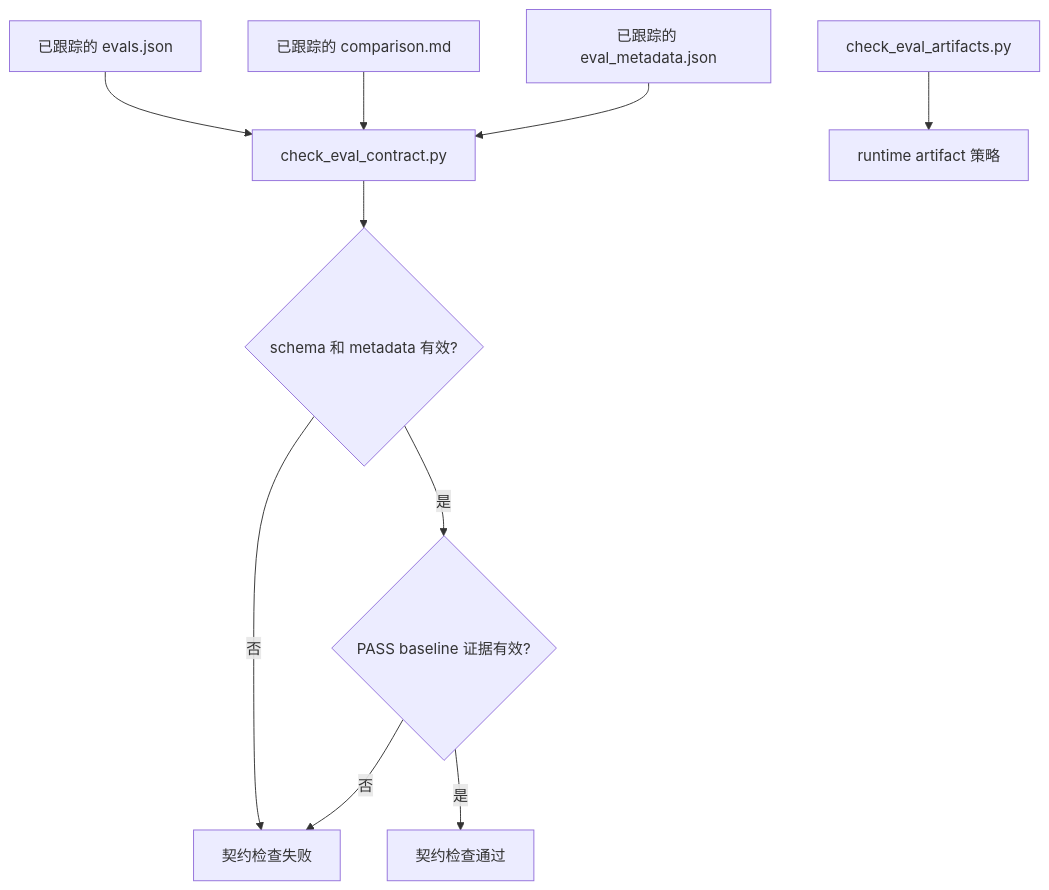
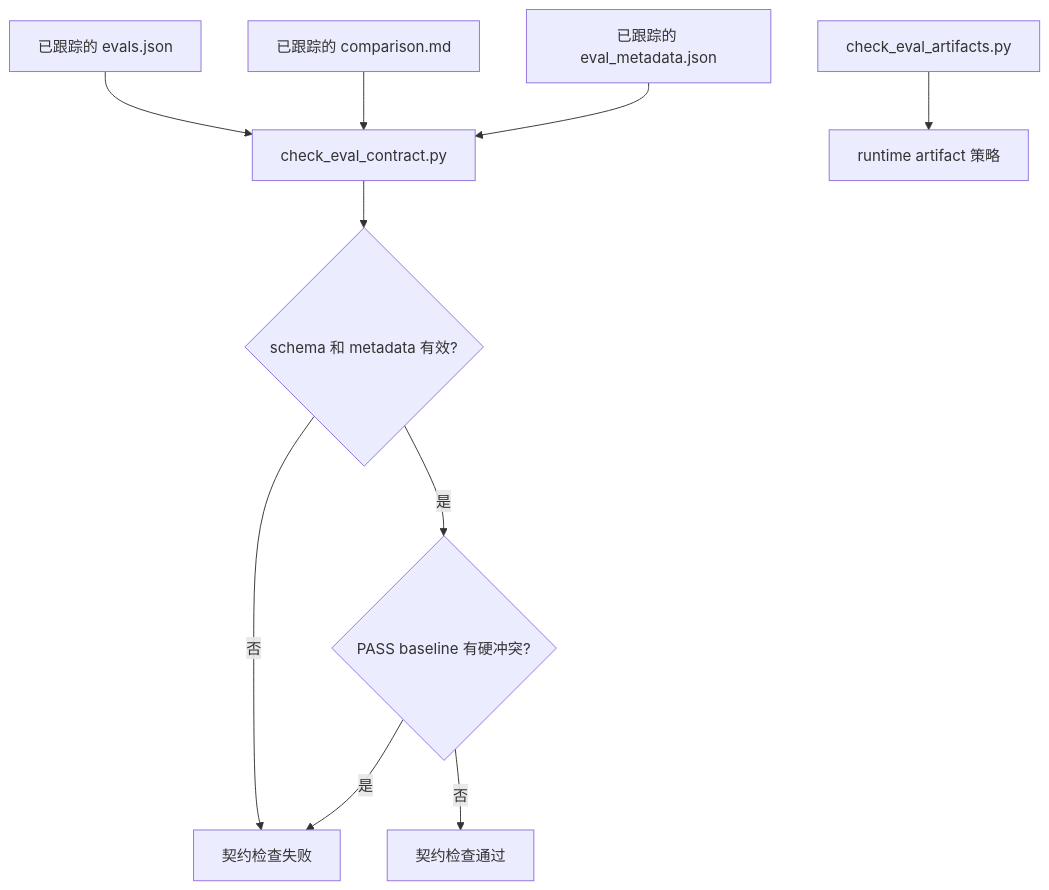
One commit to Neplich/dev-agent-skills changed the first of 2 diagrams in docs/engineer/eval-baseline-evidence-contract/TRD.md. Above: the diagram before and after it, drawn with Mermaid. The commit also changed other lines of this file and 4 other files, not shown here.

````diff
--- a/docs/engineer/eval-baseline-evidence-contract/TRD.md
+++ b/docs/engineer/eval-baseline-evidence-contract/TRD.md
@@ -47,12 +52,12 @@
 ```mermaid
 flowchart TD
     A["已跟踪的 evals.json"] --> B["check_eval_contract.py"]
     C["已跟踪的 comparison.md"] --> B
     D["已跟踪的 eval_metadata.json"] --> B
     B --> E{"schema 和 metadata 有效?"}
     E -->|否| F["契约检查失败"]
-    E -->|是| G{"PASS baseline 证据有效?"}
-    G -->|否| F
-    G -->|是| H["契约检查通过"]
+    E -->|是| G{"PASS baseline 有硬冲突?"}
+    G -->|是| F
+    G -->|否| H["契约检查通过"]
     I["check_eval_artifacts.py"] --> J["runtime artifact 策略"]
 ```
````
